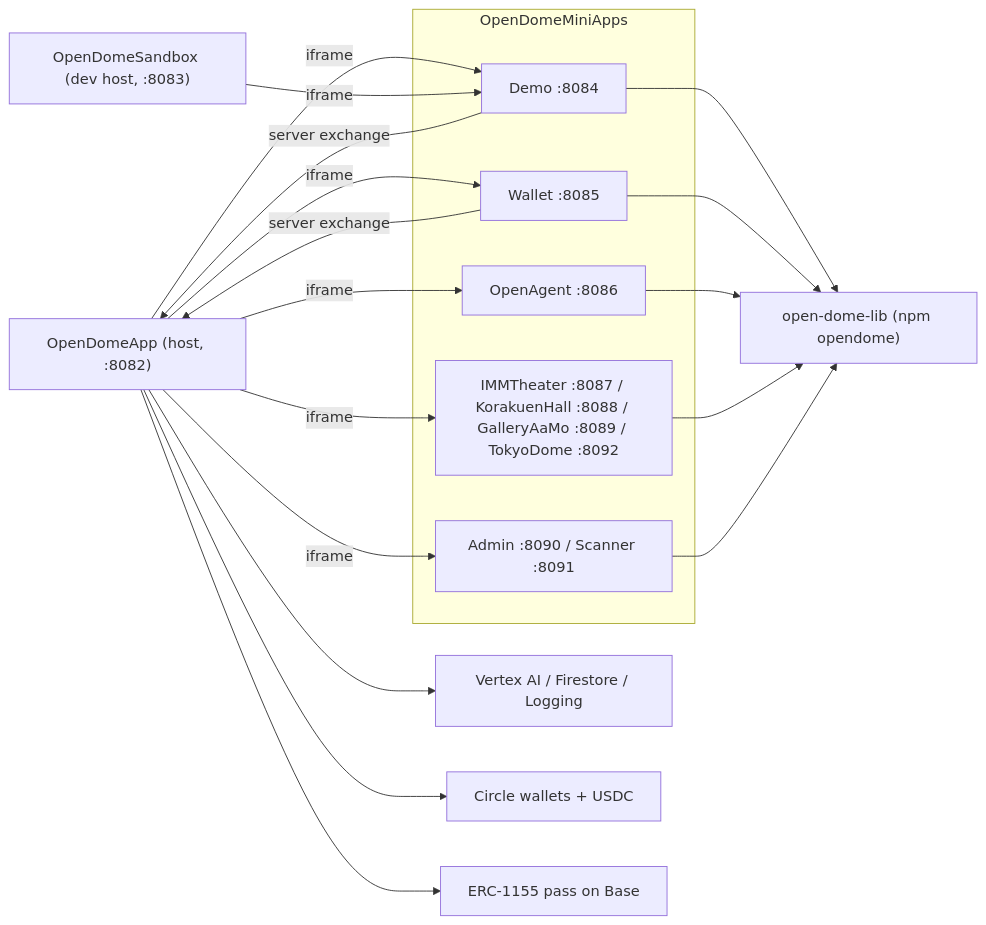
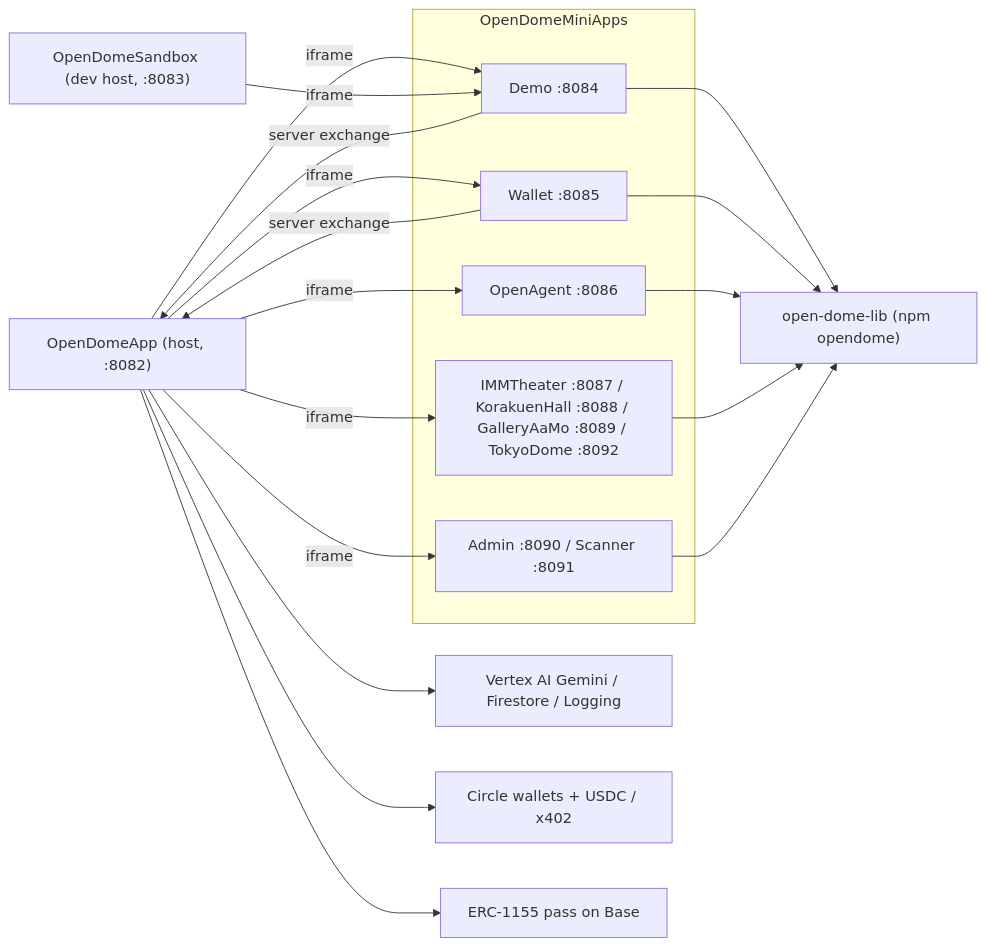
Before and after one commit to Effisend-Labs/Open-Dome: the first of 4 diagrams in AGENTS.md, drawn with Mermaid. The commit also changed other lines of this file and 39 other files, not shown here.

````diff
--- a/AGENTS.md
+++ b/AGENTS.md
@@ -30,31 +45,31 @@
 ```mermaid
 flowchart LR
   Host["OpenDomeApp (host, :8082)"]
   Sandbox["OpenDomeSandbox (dev host, :8083)"]
   SDK["open-dome-lib (npm opendome)"]
 
   subgraph minis [OpenDomeMiniApps]
     Demo["Demo :8084"]
     Wallet["Wallet :8085"]
     OpenAgent["OpenAgent :8086"]
     Venues["IMMTheater :8087 / KorakuenHall :8088 / GalleryAaMo :8089 / TokyoDome :8092"]
     Staff["Admin :8090 / Scanner :8091"]
   end
 
   Host -->|iframe| Demo
   Host -->|iframe| Wallet
   Host -->|iframe| OpenAgent
   Host -->|iframe| Venues
   Host -->|iframe| Staff
   Sandbox -->|iframe| Demo
   Demo --> SDK
   Wallet --> SDK
   OpenAgent --> SDK
   Venues --> SDK
   Staff --> SDK
   Demo -->|"server exchange"| Host
   Wallet -->|"server exchange"| Host
-  Host --> GCP["Vertex AI / Firestore / Logging"]
-  Host --> Circle["Circle wallets + USDC"]
+  Host --> GCP["Vertex AI Gemini / Firestore / Logging"]
+  Host --> Circle["Circle wallets + USDC / x402"]
   Host --> Base["ERC-1155 pass on Base"]
 ```
````
